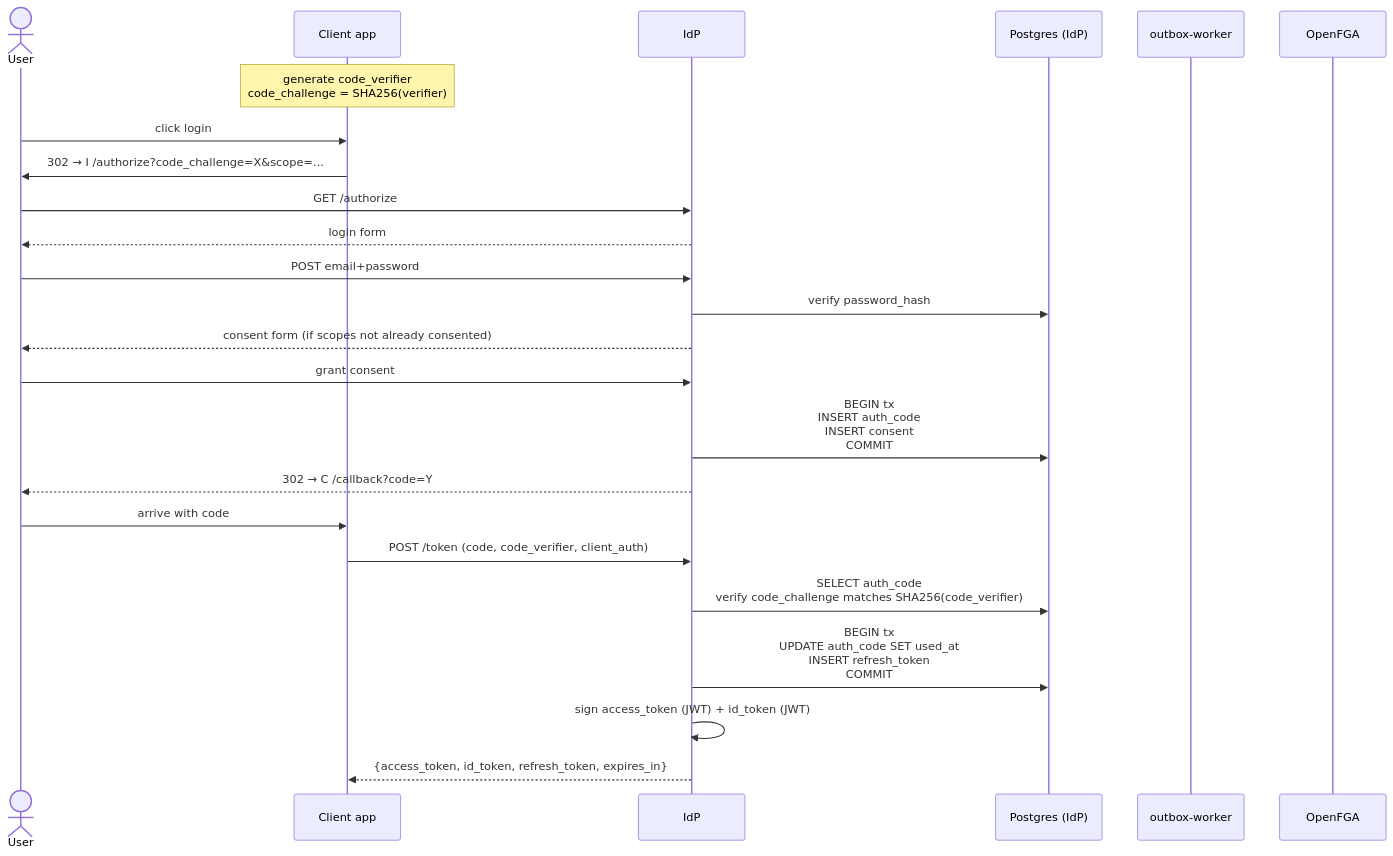
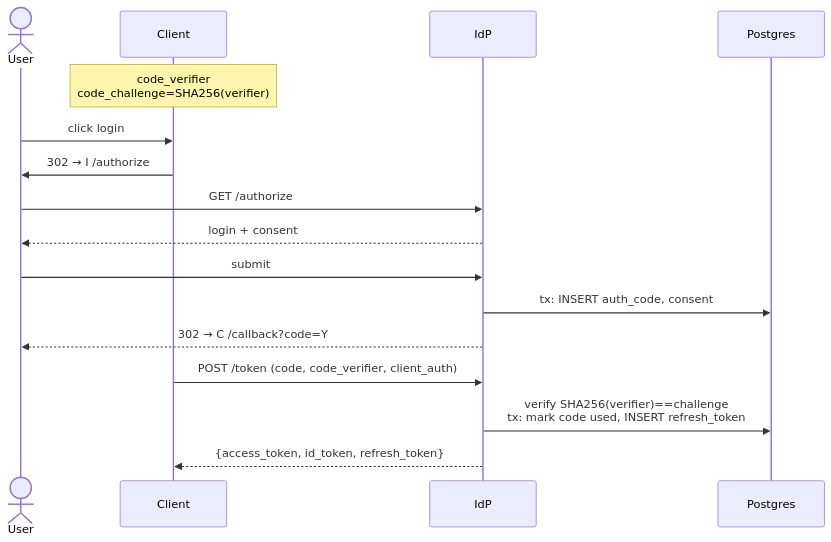
Before and after one commit to mhockenbury/identity-provider: the third of 5 diagrams in README.md, drawn with Mermaid. The commit also changed other lines of this file and 3 other files, not shown here.

First line of the commit message:
docs: trim README + architecture; fix React version drift

````diff
--- a/README.md
+++ b/README.md
@@ -245,28 +203,20 @@
 ```mermaid
 sequenceDiagram
     actor U as User
-    participant C as Client app
+    participant C as Client
     participant I as IdP
-    participant P as Postgres (IdP)
-    participant W as outbox-worker
-    participant F as OpenFGA
+    participant P as Postgres
 
-    Note over C: generate code_verifier<br/>code_challenge = SHA256(verifier)
+    Note over C: code_verifier<br/>code_challenge=SHA256(verifier)
 
     U->>C: click login
-    C->>U: 302 → I /authorize?code_challenge=X&scope=...
+    C->>U: 302 → I /authorize
     U->>I: GET /authorize
-    I-->>U: login form
-    U->>I: POST email+password
-    I->>P: verify password_hash
-    I-->>U: consent form (if scopes not already consented)
-    U->>I: grant consent
-    I->>P: BEGIN tx<br/>INSERT auth_code<br/>INSERT consent<br/>COMMIT
+    I-->>U: login + consent
+    U->>I: submit
+    I->>P: tx: INSERT auth_code, consent
     I-->>U: 302 → C /callback?code=Y
-    U->>C: arrive with code
     C->>I: POST /token (code, code_verifier, client_auth)
-    I->>P: SELECT auth_code<br/>verify code_challenge matches SHA256(code_verifier)
-    I->>P: BEGIN tx<br/>UPDATE auth_code SET used_at<br/>INSERT refresh_token<br/>COMMIT
-    I->>I: sign access_token (JWT) + id_token (JWT)
-    I-->>C: {access_token, id_token, refresh_token, expires_in}
+    I->>P: verify SHA256(verifier)==challenge<br/>tx: mark code used, INSERT refresh_token
+    I-->>C: {access_token, id_token, refresh_token}
 ```
````
